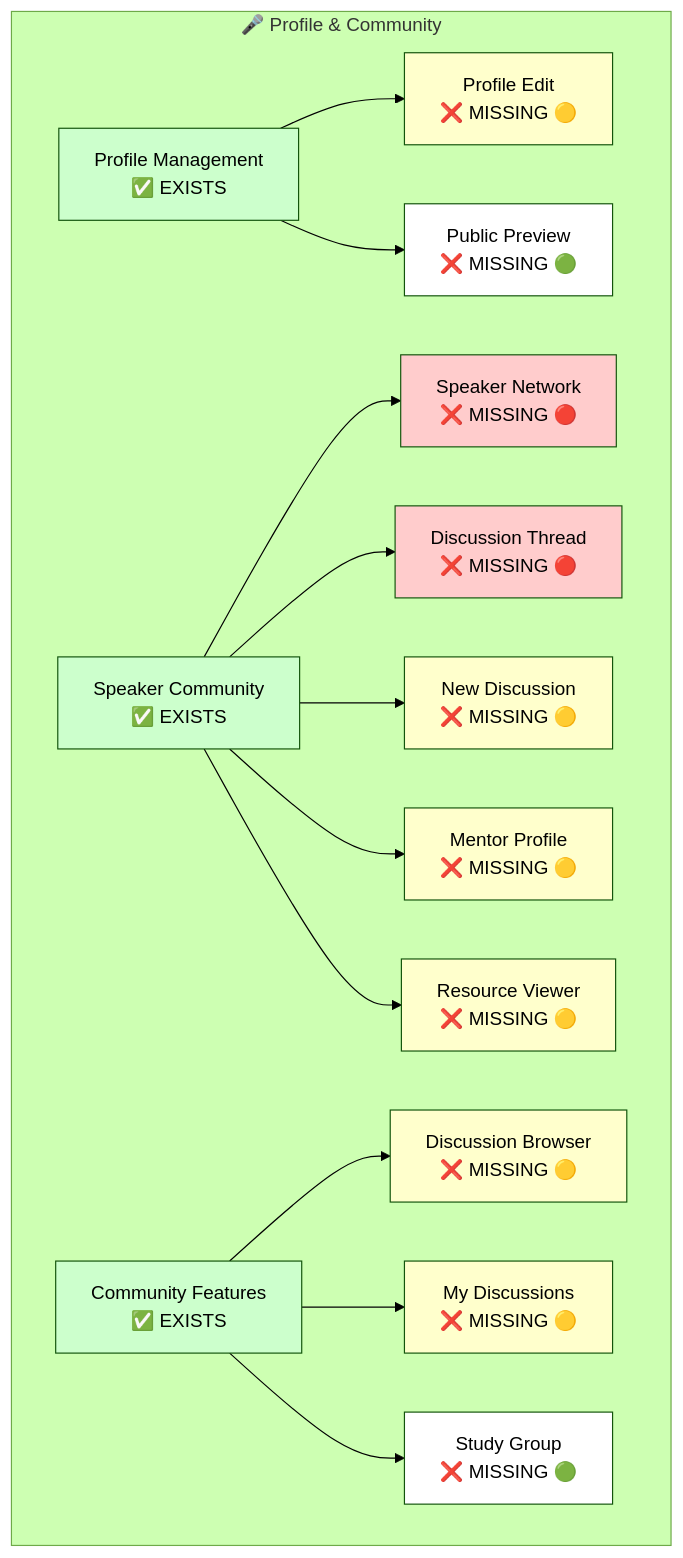
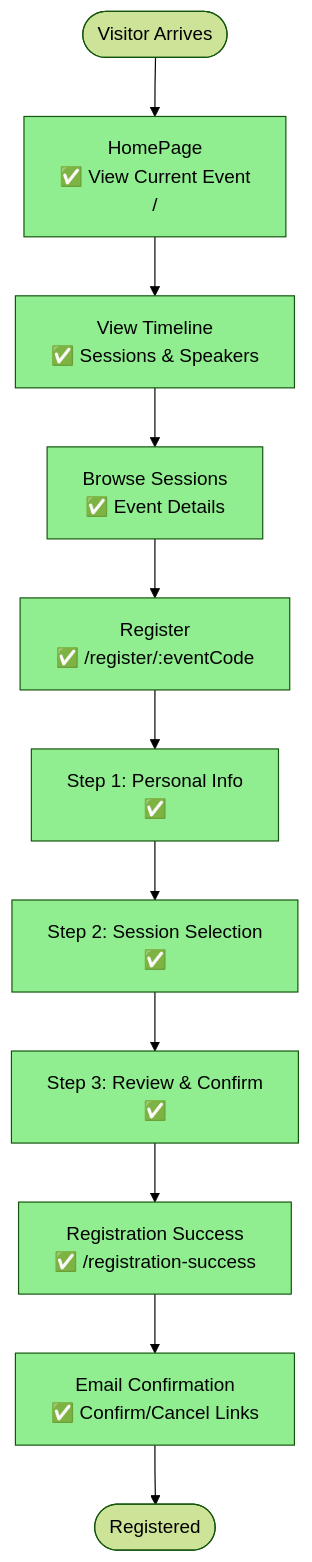
Diagram 17 of 28 in docs/wireframes/sitemap-mermaid.md (nissimbuchs/BATbern2), drawn with Mermaid (forest theme) before and after one commit. The commit also changed other lines of this file and 1008 other files, not shown here.

````diff
--- a/docs/wireframes/sitemap-mermaid.md
+++ b/docs/wireframes/sitemap-mermaid.md
@@ -467,45 +543,35 @@
 ```mermaid
-graph TB
-    subgraph "🎤 Profile & Community"
-        ProfileMgmt[Profile Management<br/>✅ EXISTS]
-        ProfileEdit[Profile Edit<br/>❌ MISSING 🟡]
-        ProfilePreview[Public Preview<br/>❌ MISSING 🟢]
-        Community[Speaker Community<br/>✅ EXISTS]
-        SpeakerNetwork[Speaker Network<br/>❌ MISSING 🔴]
-        Discussion[Discussion Thread<br/>❌ MISSING 🔴]
-        NewDiscussion[New Discussion<br/>❌ MISSING 🟡]
-        MentorProfile[Mentor Profile<br/>❌ MISSING 🟡]
-        ResourceViewer[Resource Viewer<br/>❌ MISSING 🟡]
-        CommunityFeatures[Community Features<br/>✅ EXISTS]
-        DiscussionBrowser[Discussion Browser<br/>❌ MISSING 🟡]
-        MyDiscussions[My Discussions<br/>❌ MISSING 🟡]
-        StudyGroup[Study Group<br/>❌ MISSING 🟢]
-    end
+flowchart TD
+    Start([Visitor Arrives])
+    Home[HomePage<br/>✅ View Current Event<br/>/]
+    Timeline[View Timeline<br/>✅ Sessions & Speakers]
+    Browse[Browse Sessions<br/>✅ Event Details]
+    Register[Register<br/>✅ /register/:eventCode]
+    Step1[Step 1: Personal Info<br/>✅]
+    Step2[Step 2: Session Selection<br/>✅]
+    Step3[Step 3: Review & Confirm<br/>✅]
+    Success[Registration Success<br/>✅ /registration-success]
+    Email[Email Confirmation<br/>✅ Confirm/Cancel Links]
+    End([Registered])
 
-    ProfileMgmt --> ProfileEdit
-    ProfileMgmt --> ProfilePreview
+    Start --> Home
+    Home --> Timeline
+    Timeline --> Browse
+    Browse --> Register
+    Register --> Step1
+    Step1 --> Step2
+    Step2 --> Step3
+    Step3 --> Success
+    Success --> Email
+    Email --> End
 
-    Community --> SpeakerNetwork
-    Community --> Discussion
-    Community --> NewDiscussion
-    Community --> MentorProfile
-    Community --> ResourceViewer
-
-    CommunityFeatures --> DiscussionBrowser
-    CommunityFeatures --> MyDiscussions
-    CommunityFeatures --> StudyGroup
-
-    style ProfileMgmt fill:#ccffcc
-    style Community fill:#ccffcc
-    style CommunityFeatures fill:#ccffcc
-    style SpeakerNetwork fill:#ffcccc
-    style Discussion fill:#ffcccc
-    style ProfileEdit fill:#ffffcc
-    style NewDiscussion fill:#ffffcc
-    style MentorProfile fill:#ffffcc
-    style ResourceViewer fill:#ffffcc
-    style DiscussionBrowser fill:#ffffcc
-    style MyDiscussions fill:#ffffcc
-    style ProfilePreview fill:#ffffff
-    style StudyGroup fill:#ffffff
+    style Home fill:#90EE90
+    style Timeline fill:#90EE90
+    style Browse fill:#90EE90
+    style Register fill:#90EE90
+    style Step1 fill:#90EE90
+    style Step2 fill:#90EE90
+    style Step3 fill:#90EE90
+    style Success fill:#90EE90
+    style Email fill:#90EE90
 ```
````
